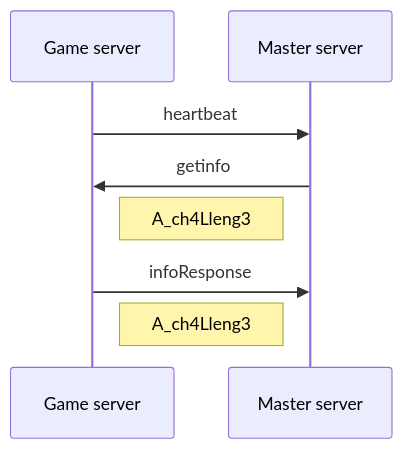
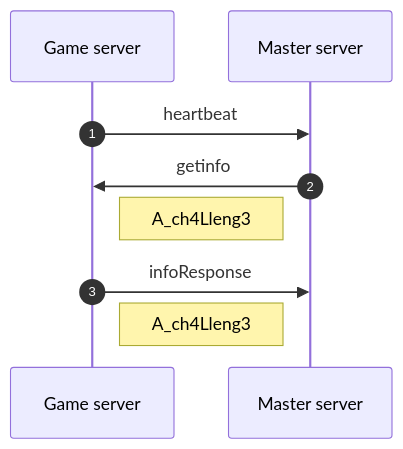
The first of 2 diagrams in dpmaster-proto/README.md (robo9k/dpmaster-rs), drawn with Mermaid before and after one commit. The commit also changed other lines of this file, not shown here.

Commit message:
Add protocol sequence diagrams

````diff
--- a/dpmaster-proto/README.md
+++ b/dpmaster-proto/README.md
@@ -11,8 +24,9 @@
 ```mermaid
 sequenceDiagram
+    autonumber
     Game server->>Master server: heartbeat
     Master server->>Game server: getinfo
     Note left of Master server: A_ch4Lleng3
     Game server->>Master server: infoResponse
     Note right of Game server: A_ch4Lleng3
 ```
````
